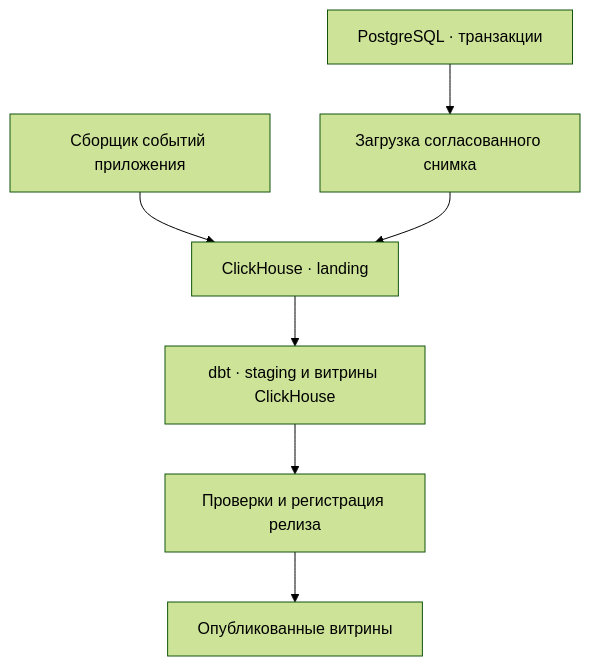
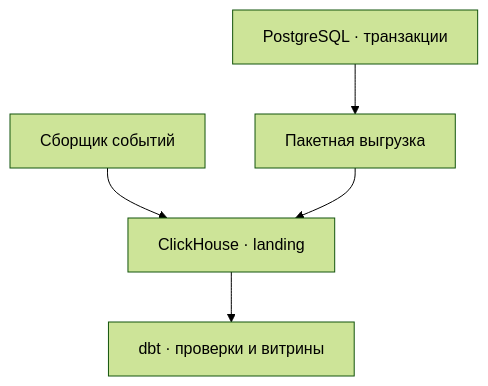
Before and after one commit to salaticc/quickbite-analytics-platform: the diagram in docs/architecture/overview.md, drawn with Mermaid (forest theme). The commit also changed other lines of this file, not shown here.

````diff
--- a/docs/architecture/overview.md
+++ b/docs/architecture/overview.md
@@ -5,9 +5,7 @@
 ```mermaid
 flowchart TD
-    PG["PostgreSQL · транзакции"] --> ETL["Загрузка согласованного снимка"]
-    EVENTS["Сборщик событий приложения"] --> RAW["ClickHouse · landing"]
-    ETL --> RAW
-    RAW --> DBT["dbt · staging и витрины ClickHouse"]
-    DBT --> QC["Проверки и регистрация релиза"]
-    QC --> MARTS["Опубликованные витрины"]
+    PG["PostgreSQL · транзакции"] --> LOAD["Пакетная выгрузка"]
+    EVENTS["Сборщик событий"] --> RAW["ClickHouse · landing"]
+    LOAD --> RAW
+    RAW --> DBT["dbt · проверки и витрины"]
 ```
````
